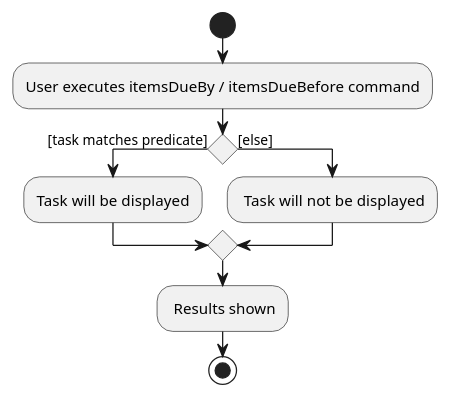
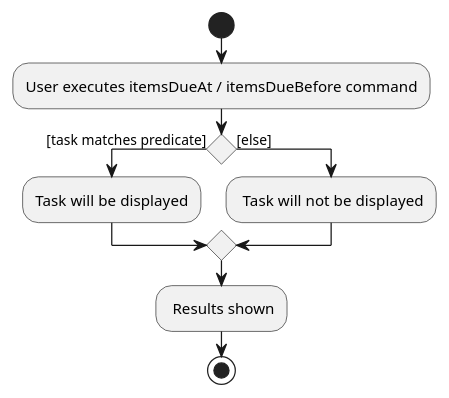
The diagram in docs/diagrams/filterFunction/FIlterActivityDiagram.puml (urieltan/tp), drawn with PlantUML before and after one commit. The commit also changed 17 other files, not shown here.

Commit message:
Replace "itemsDueBy" to "itemsDueAt"

```diff
--- a/docs/diagrams/filterFunction/FIlterActivityDiagram.puml
+++ b/docs/diagrams/filterFunction/FIlterActivityDiagram.puml
@@ -1,15 +1,15 @@
 @startuml
 start
-:User executes itemsDueBy / itemsDueBefore command;
+:User executes itemsDueAt / itemsDueBefore command;
 
 'Since the beta syntax does not support placing the condition outside the
 'diamond we place it as the true branch instead.
 
 if () then ([task matches predicate])
     :Task will be displayed;
 else ([else])
     : Task will not be displayed;
 endif
     : Results shown;
 stop
 @enduml
```
